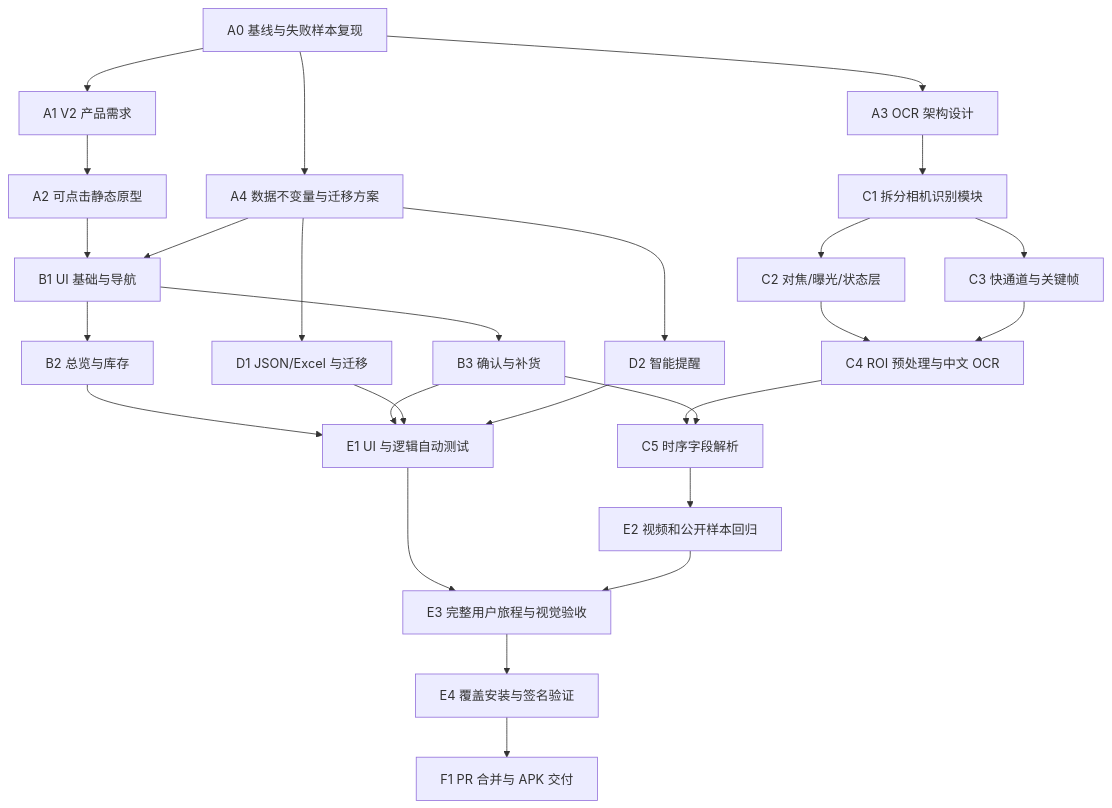
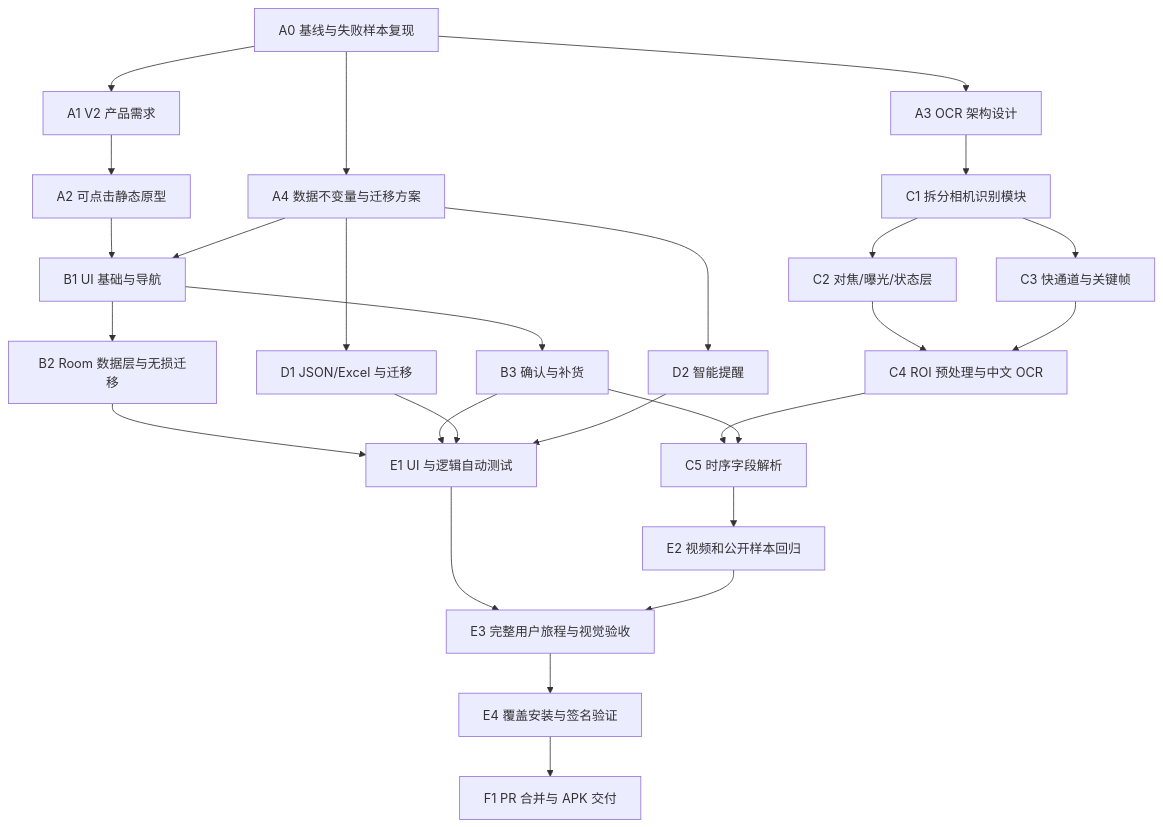
Before and after one commit to 2w2w23e/wechat-food-expiry-tracker: the diagram in docs/redesign-v2/IMPLEMENTATION_PLAN.md, drawn with Mermaid. The commit also changed other lines of this file and 32 other files, not shown here.

````diff
--- a/docs/redesign-v2/IMPLEMENTATION_PLAN.md
+++ b/docs/redesign-v2/IMPLEMENTATION_PLAN.md
@@ -23,29 +23,29 @@
 ```mermaid
 flowchart TD
     A0["A0 基线与失败样本复现"] --> A1["A1 V2 产品需求"]
     A0 --> A3["A3 OCR 架构设计"]
     A0 --> A4["A4 数据不变量与迁移方案"]
     A1 --> A2["A2 可点击静态原型"]
     A2 --> B1["B1 UI 基础与导航"]
     A4 --> B1
-    B1 --> B2["B2 总览与库存"]
+    B1 --> B2["B2 Room 数据层与无损迁移"]
     B1 --> B3["B3 确认与补货"]
     A3 --> C1["C1 拆分相机识别模块"]
     C1 --> C2["C2 对焦/曝光/状态层"]
     C1 --> C3["C3 快通道与关键帧"]
     C2 --> C4["C4 ROI 预处理与中文 OCR"]
     C3 --> C4
     C4 --> C5["C5 时序字段解析"]
     B3 --> C5
     A4 --> D1["D1 JSON/Excel 与迁移"]
     A4 --> D2["D2 智能提醒"]
     B2 --> E1["E1 UI 与逻辑自动测试"]
     B3 --> E1
     C5 --> E2["E2 视频和公开样本回归"]
     D1 --> E1
     D2 --> E1
     E1 --> E3["E3 完整用户旅程与视觉验收"]
     E2 --> E3
     E3 --> E4["E4 覆盖安装与签名验证"]
     E4 --> F1["F1 PR 合并与 APK 交付"]
 ```
````
